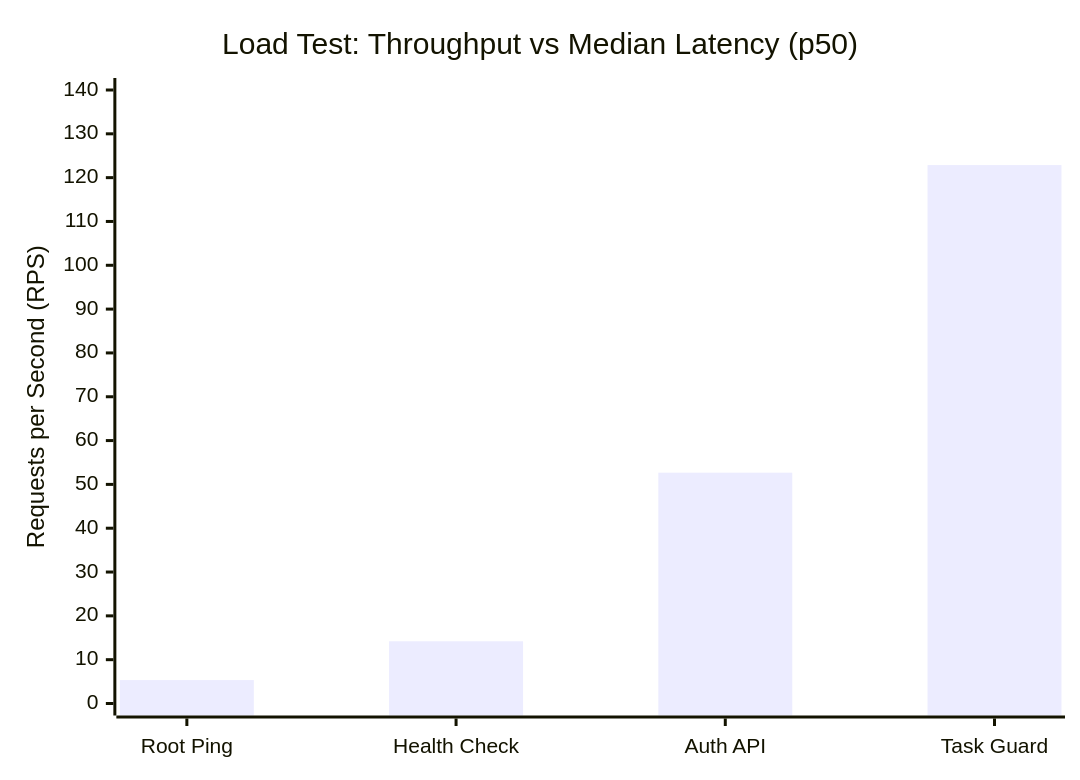
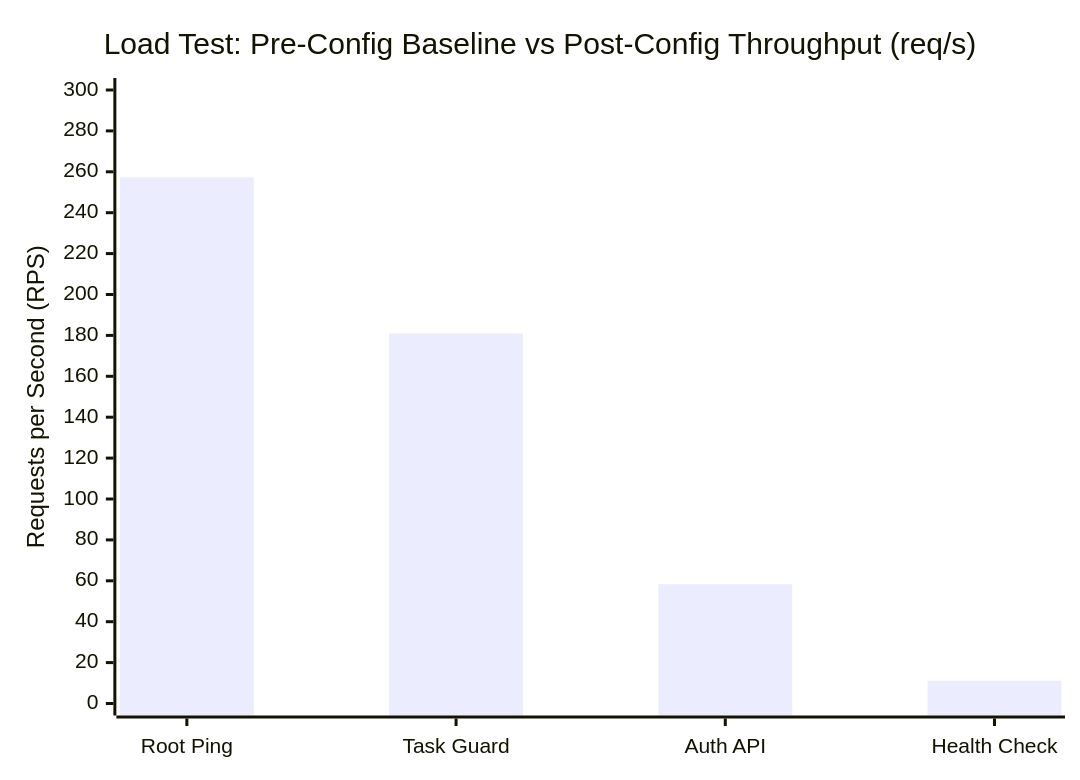
The first of 2 diagrams in docs/PERFORMANCE_TEST_REPORT.md (FourDirections-Capstone-Organization/STARS), drawn with Mermaid before and after one commit. The commit also changed other lines of this file and 4 other files, not shown here.

````diff
--- a/docs/PERFORMANCE_TEST_REPORT.md
+++ b/docs/PERFORMANCE_TEST_REPORT.md
@@ -34,7 +40,7 @@
 ```mermaid
 xychart-beta
-    title "Load Test: Throughput vs Median Latency (p50)"
-    x-axis ["Root Ping", "Health Check", "Auth API", "Task Guard"]
-    y-axis "Requests per Second (RPS)" 0 --> 140
-    bar [5.34, 14.20, 52.67, 122.87]
+    title "Load Test: Pre-Config Baseline vs Post-Config Throughput (req/s)"
+    x-axis ["Root Ping", "Task Guard", "Auth API", "Health Check"]
+    y-axis "Requests per Second (RPS)" 0 --> 300
+    bar [257.27, 180.94, 58.34, 11.14]
 ```
````
